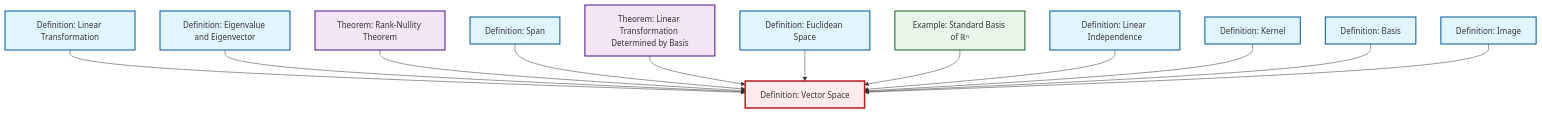
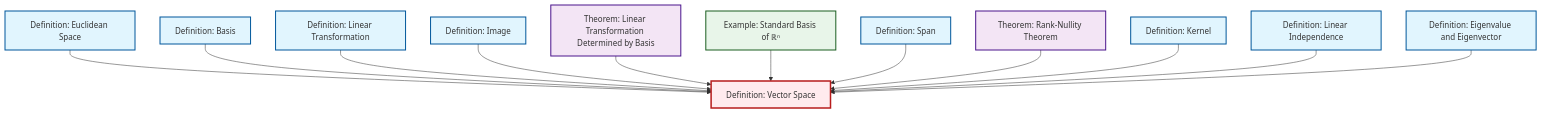
Before and after one commit to RK0429/ModernMath: the diagram in content/ja/algebra/def-vector-space.qmd, drawn with Mermaid. The commit also changed other lines of this file and 434 other files, not shown here.

````diff
--- a/content/ja/algebra/def-vector-space.qmd
+++ b/content/ja/algebra/def-vector-space.qmd
@@ -49,44 +49,44 @@
 ```{mermaid}
 %%| fig-cap: "Local dependency graph"
 graph TD
     classDef definition fill:#e1f5fe,stroke:#01579b,stroke-width:2px
     classDef theorem fill:#f3e5f5,stroke:#4a148c,stroke-width:2px
     classDef axiom fill:#fff3e0,stroke:#e65100,stroke-width:2px
     classDef example fill:#e8f5e9,stroke:#1b5e20,stroke-width:2px
     classDef current fill:#ffebee,stroke:#b71c1c,stroke-width:3px
+    thm-linear-transformation-basis["Theorem: Linear Transformation Determined by Basis"]:::theorem
+    def-linear-transformation["Definition: Linear Transformation"]:::definition
+    def-linear-independence["Definition: Linear Independence"]:::definition
+    def-basis["Definition: Basis"]:::definition
+    def-euclidean-space["Definition: Euclidean Space"]:::definition
     def-kernel["Definition: Kernel"]:::definition
-    def-linear-independence["Definition: Linear Independence"]:::definition
+    ex-standard-basis-rn["Example: Standard Basis of ℝⁿ"]:::example
+    def-span["Definition: Span"]:::definition
+    def-image["Definition: Image"]:::definition
+    def-eigenvalue-eigenvector["Definition: Eigenvalue and Eigenvector"]:::definition
+    thm-rank-nullity["Theorem: Rank-Nullity Theorem"]:::theorem
     def-vector-space["Definition: Vector Space"]:::definition
-    def-euclidean-space["Definition: Euclidean Space"]:::definition
-    thm-rank-nullity["Theorem: Rank-Nullity Theorem"]:::theorem
-    def-span["Definition: Span"]:::definition
-    ex-standard-basis-rn["Example: Standard Basis of ℝⁿ"]:::example
-    def-basis["Definition: Basis"]:::definition
-    def-image["Definition: Image"]:::definition
-    def-linear-transformation["Definition: Linear Transformation"]:::definition
-    def-eigenvalue-eigenvector["Definition: Eigenvalue and Eigenvector"]:::definition
-    thm-linear-transformation-basis["Theorem: Linear Transformation Determined by Basis"]:::theorem
+    def-euclidean-space --> def-vector-space
+    def-basis --> def-vector-space
     def-linear-transformation --> def-vector-space
+    def-image --> def-vector-space
+    thm-linear-transformation-basis --> def-vector-space
+    ex-standard-basis-rn --> def-vector-space
+    def-span --> def-vector-space
+    thm-rank-nullity --> def-vector-space
+    def-kernel --> def-vector-space
+    def-linear-independence --> def-vector-space
     def-eigenvalue-eigenvector --> def-vector-space
-    thm-rank-nullity --> def-vector-space
-    def-span --> def-vector-space
-    thm-linear-transformation-basis --> def-vector-space
-    def-euclidean-space --> def-vector-space
-    ex-standard-basis-rn --> def-vector-space
-    def-linear-independence --> def-vector-space
-    def-kernel --> def-vector-space
-    def-basis --> def-vector-space
-    def-image --> def-vector-space
     class def-vector-space current
+    click thm-linear-transformation-basis "thm-linear-transformation-basis.html" "Theorem: Linear Transformation Determined by Basisへ"
+    click def-linear-transformation "def-linear-transformation.html" "Definition: Linear Transformationへ"
+    click def-linear-independence "def-linear-independence.html" "Definition: Linear Independenceへ"
+    click def-basis "def-basis.html" "Definition: Basisへ"
+    click def-euclidean-space "def-euclidean-space.html" "Definition: Euclidean Spaceへ"
     click def-kernel "def-kernel.html" "Definition: Kernelへ"
-    click def-linear-independence "def-linear-independence.html" "Definition: Linear Independenceへ"
-    click def-euclidean-space "def-euclidean-space.html" "Definition: Euclidean Spaceへ"
+    click ex-standard-basis-rn "ex-standard-basis-rn.html" "Example: Standard Basis of ℝⁿへ"
+    click def-span "def-span.html" "Definition: Spanへ"
+    click def-image "def-image.html" "Definition: Imageへ"
+    click def-eigenvalue-eigenvector "def-eigenvalue-eigenvector.html" "Definition: Eigenvalue and Eigenvectorへ"
     click thm-rank-nullity "thm-rank-nullity.html" "Theorem: Rank-Nullity Theoremへ"
-    click def-span "def-span.html" "Definition: Spanへ"
-    click ex-standard-basis-rn "ex-standard-basis-rn.html" "Example: Standard Basis of ℝⁿへ"
-    click def-basis "def-basis.html" "Definition: Basisへ"
-    click def-image "def-image.html" "Definition: Imageへ"
-    click def-linear-transformation "def-linear-transformation.html" "Definition: Linear Transformationへ"
-    click def-eigenvalue-eigenvector "def-eigenvalue-eigenvector.html" "Definition: Eigenvalue and Eigenvectorへ"
-    click thm-linear-transformation-basis "thm-linear-transformation-basis.html" "Theorem: Linear Transformation Determined by Basisへ"
 ```
````
